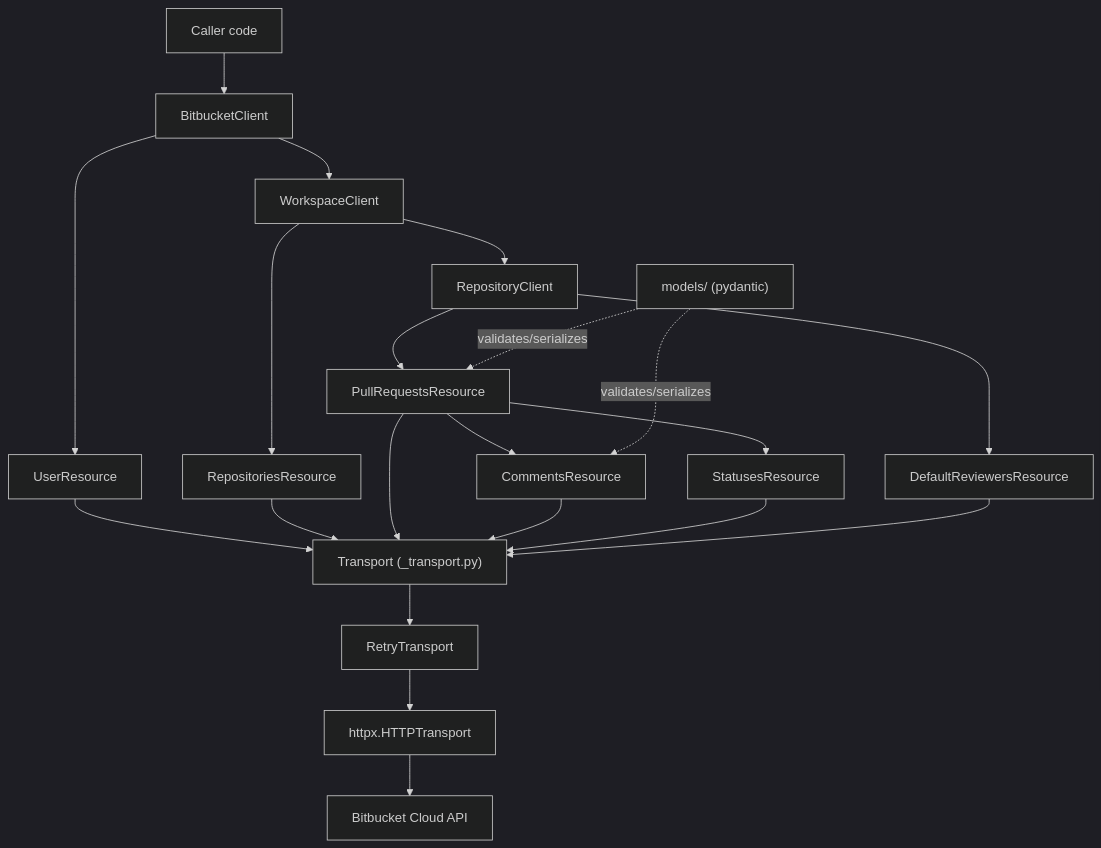
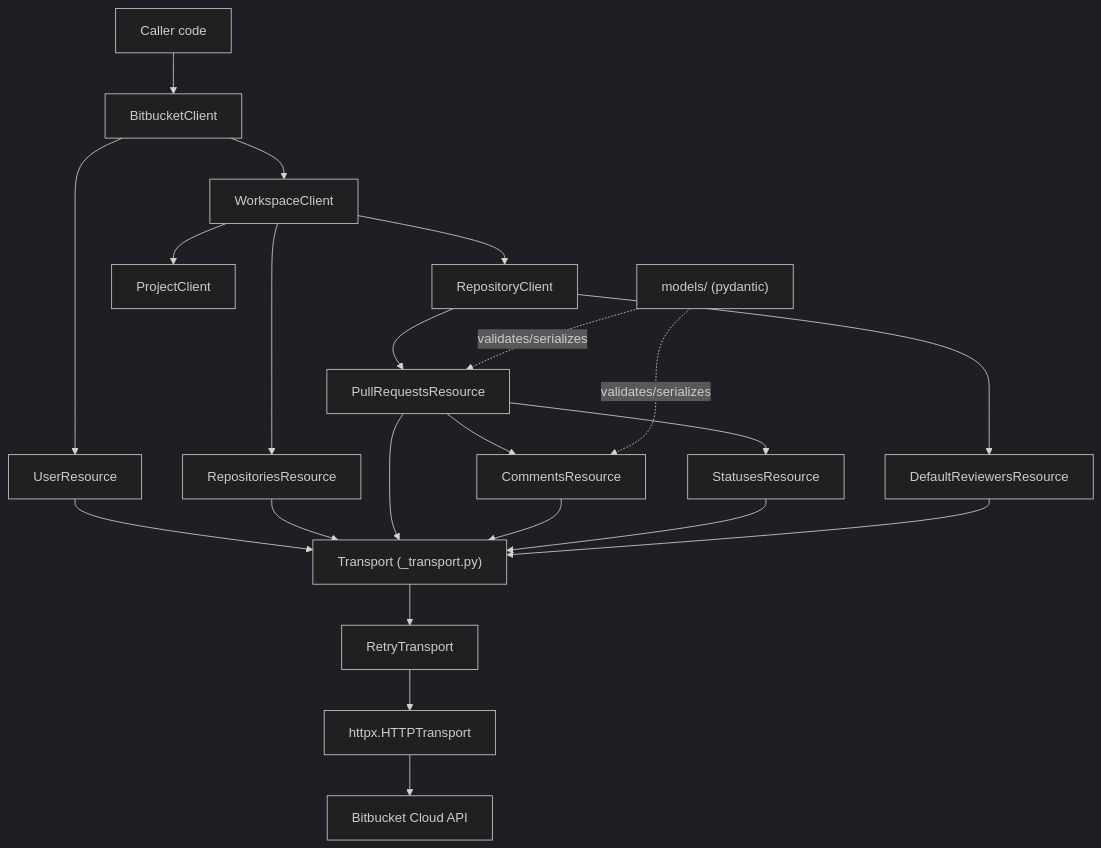
The diagram in docs/architecture/layering.md (gajaguar/bitbucket-sdk), drawn with Mermaid (dark theme) before and after one commit. The commit also changed other lines of this file and 21 other files, not shown here.

````diff
--- a/docs/architecture/layering.md
+++ b/docs/architecture/layering.md
@@ -20,23 +23,24 @@
 ```mermaid
 flowchart TD
     Caller["Caller code"] --> Client["BitbucketClient"]
     Client --> WSClient["WorkspaceClient"]
     WSClient --> RepoClient["RepositoryClient"]
+    WSClient --> ProjectClient["ProjectClient"]
     Client --> UserRes["UserResource"]
     WSClient --> ReposRes["RepositoriesResource"]
     RepoClient --> PRRes["PullRequestsResource"]
     PRRes --> CommentsRes["CommentsResource"]
     PRRes --> StatusesRes["StatusesResource"]
     RepoClient --> ReviewersRes["DefaultReviewersResource"]
     UserRes --> Transport["Transport (_transport.py)"]
     ReposRes --> Transport
     PRRes --> Transport
     CommentsRes --> Transport
     StatusesRes --> Transport
     ReviewersRes --> Transport
     Transport --> Retry["RetryTransport"]
     Retry --> Httpx["httpx.HTTPTransport"]
     Httpx --> API["Bitbucket Cloud API"]
     Models["models/ (pydantic)"] -.validates/serializes.-> PRRes
     Models -.validates/serializes.-> CommentsRes
 ```
````
